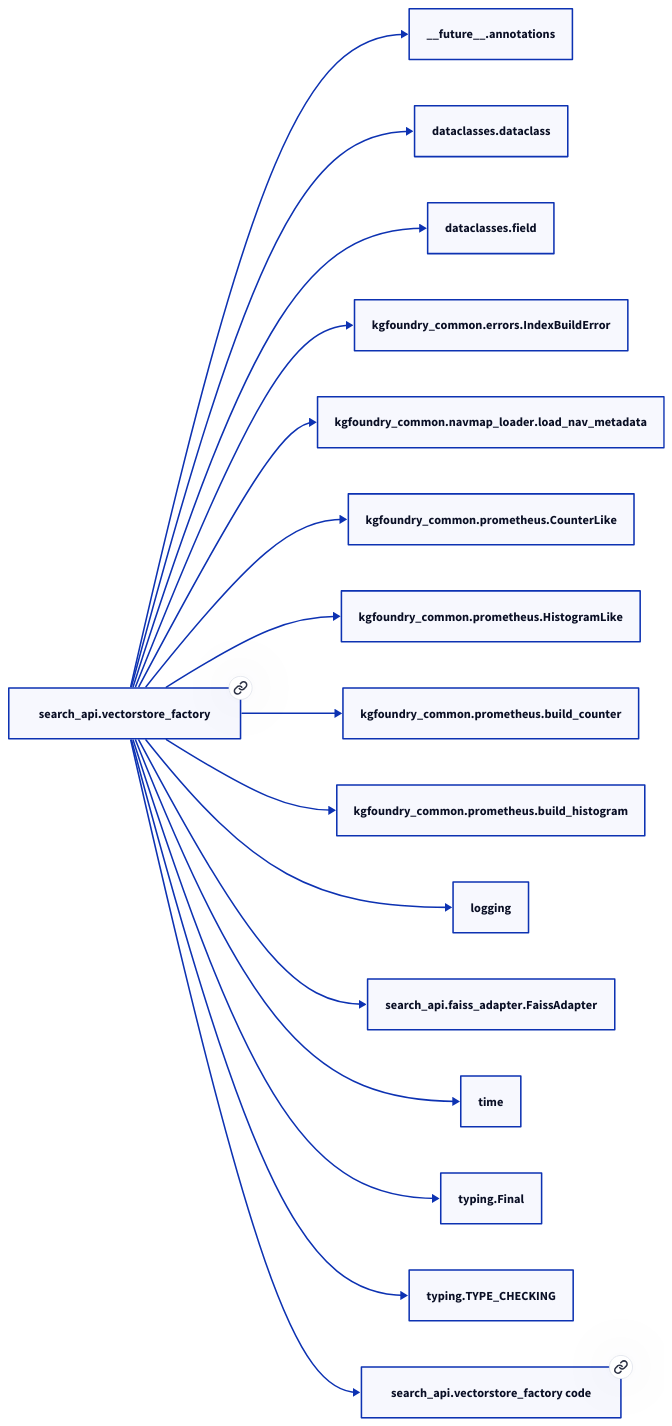
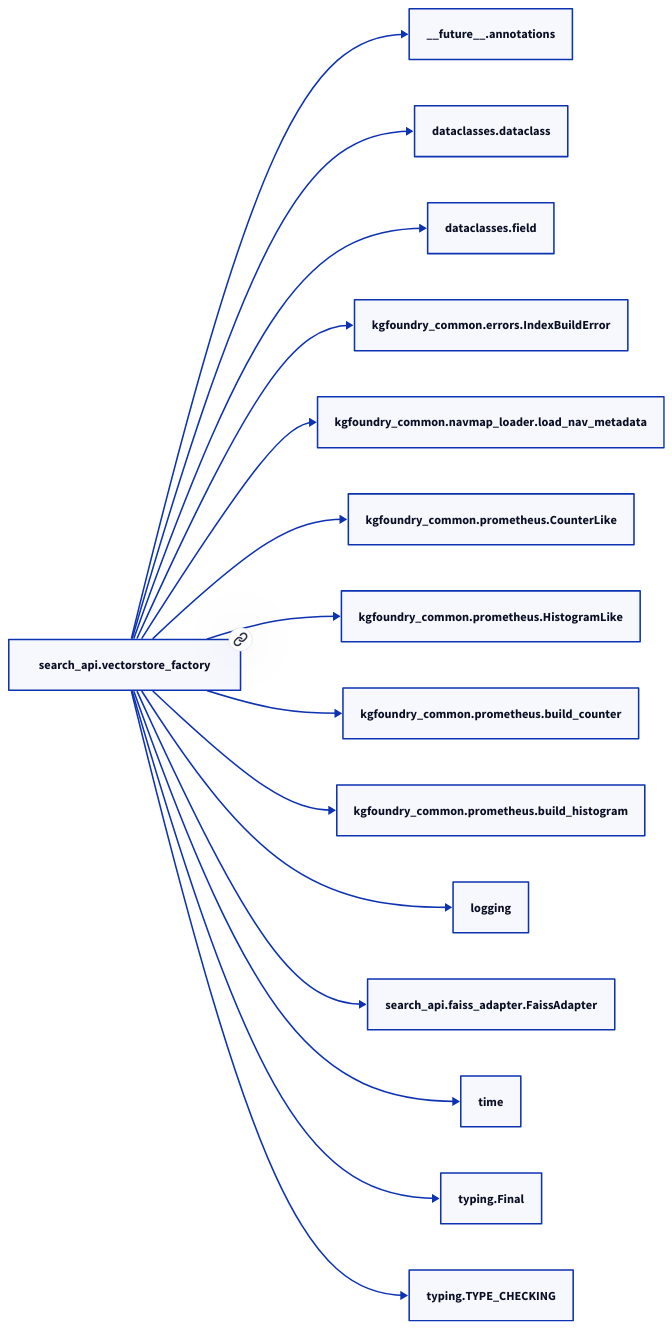
One commit to paul-heyse/kgforge changed the second of 2 diagrams in docs/modules/search_api/vectorstore_factory.md. Above: the diagram before and after it, drawn with D2. The commit also changed other lines of this file and 118 other files, not shown here.

````diff
--- a/docs/modules/search_api/vectorstore_factory.md
+++ b/docs/modules/search_api/vectorstore_factory.md
@@ -50,34 +48,32 @@
 ```d2
 direction: right
-"search_api.vectorstore_factory": "search_api.vectorstore_factory" { link: "./search_api/vectorstore_factory.md" }
+"search_api.vectorstore_factory": "search_api.vectorstore_factory" { link: "vectorstore_factory.md" }
 "__future__.annotations": "__future__.annotations"
 "search_api.vectorstore_factory" -> "__future__.annotations"
 "dataclasses.dataclass": "dataclasses.dataclass"
 "search_api.vectorstore_factory" -> "dataclasses.dataclass"
 "dataclasses.field": "dataclasses.field"
 "search_api.vectorstore_factory" -> "dataclasses.field"
 "kgfoundry_common.errors.IndexBuildError": "kgfoundry_common.errors.IndexBuildError"
 "search_api.vectorstore_factory" -> "kgfoundry_common.errors.IndexBuildError"
 "kgfoundry_common.navmap_loader.load_nav_metadata": "kgfoundry_common.navmap_loader.load_nav_metadata"
 "search_api.vectorstore_factory" -> "kgfoundry_common.navmap_loader.load_nav_metadata"
 "kgfoundry_common.prometheus.CounterLike": "kgfoundry_common.prometheus.CounterLike"
 "search_api.vectorstore_factory" -> "kgfoundry_common.prometheus.CounterLike"
 "kgfoundry_common.prometheus.HistogramLike": "kgfoundry_common.prometheus.HistogramLike"
 "search_api.vectorstore_factory" -> "kgfoundry_common.prometheus.HistogramLike"
 "kgfoundry_common.prometheus.build_counter": "kgfoundry_common.prometheus.build_counter"
 "search_api.vectorstore_factory" -> "kgfoundry_common.prometheus.build_counter"
 "kgfoundry_common.prometheus.build_histogram": "kgfoundry_common.prometheus.build_histogram"
 "search_api.vectorstore_factory" -> "kgfoundry_common.prometheus.build_histogram"
 "logging": "logging"
 "search_api.vectorstore_factory" -> "logging"
 "search_api.faiss_adapter.FaissAdapter": "search_api.faiss_adapter.FaissAdapter"
 "search_api.vectorstore_factory" -> "search_api.faiss_adapter.FaissAdapter"
 "time": "time"
 "search_api.vectorstore_factory" -> "time"
 "typing.Final": "typing.Final"
 "search_api.vectorstore_factory" -> "typing.Final"
 "typing.TYPE_CHECKING": "typing.TYPE_CHECKING"
 "search_api.vectorstore_factory" -> "typing.TYPE_CHECKING"
-"search_api.vectorstore_factory_code": "search_api.vectorstore_factory code" { link: "https://github.com/kgfoundry/kgfoundry/blob/main/src/search_api/vectorstore_factory.py" }
-"search_api.vectorstore_factory" -> "search_api.vectorstore_factory_code" { style: dashed }
 ```
````
